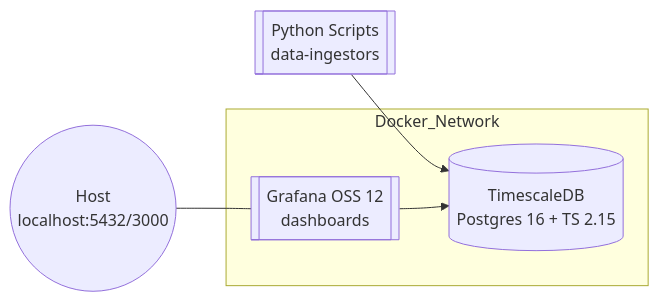
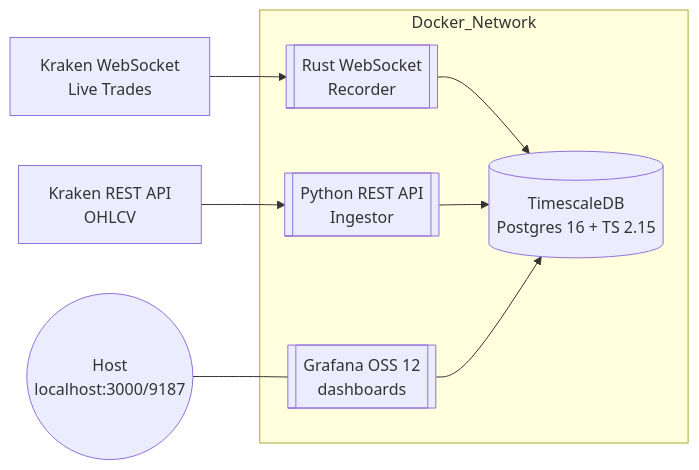
Before and after one commit to sidmohan0/alphadb: the diagram in README.md, drawn with Mermaid. The commit also changed other lines of this file, not shown here.

First line of the commit message:
docs: Update README with Rust WebSocket recorder and remove promotional language

````diff
--- a/README.md
+++ b/README.md
@@ -73,10 +80,15 @@
 ```mermaid
 flowchart LR
     subgraph Docker_Network
         tsdb[(TimescaleDB<br/>Postgres 16 + TS 2.15)]
         grafana[[Grafana OSS 12<br/>dashboards]]
+        recorder[[Rust WebSocket<br/>Recorder]]
+        ingestor[[Python REST API<br/>Ingestor]]
     end
-    user((Host<br/>localhost:5432/3000)) --- grafana
-    script[[Python Scripts<br/>data-ingestors]] --> tsdb
+    kraken_ws[Kraken WebSocket<br/>Live Trades] --> recorder
+    kraken_api[Kraken REST API<br/>OHLCV] --> ingestor
+    recorder --> tsdb
+    ingestor --> tsdb
+    user((Host<br/>localhost:3000/9187)) --- grafana
     grafana --> tsdb
 ```
````
